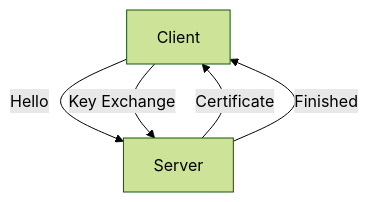
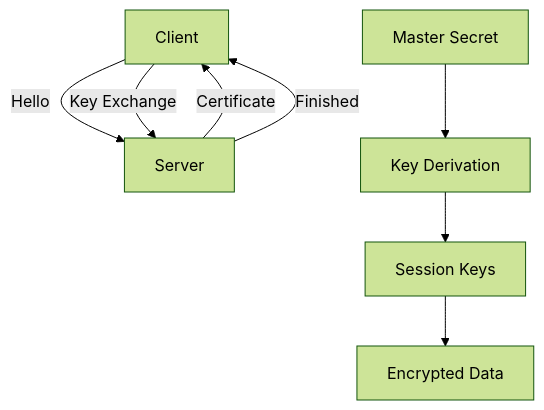
One commit to Attash2312/cntheory changed the diagram in ch8/8.6_Securing_TCP_SSL.md. Above: the diagram before and after it, drawn with Mermaid (forest theme). The commit also changed other lines of this file and 79 other files, not shown here.

````diff
--- a/ch8/8.6_Securing_TCP_SSL.md
+++ b/ch8/8.6_Securing_TCP_SSL.md
@@ -11,7 +192,10 @@
 ```mermaid
 graph TD
   A[Client] -- Hello --> B[Server]
   B -- Certificate --> A
   A -- Key Exchange --> B
   B -- Finished --> A
+  C[Master Secret] --> D[Key Derivation]
+  D --> E[Session Keys]
+  E --> F[Encrypted Data]
 ```
````
